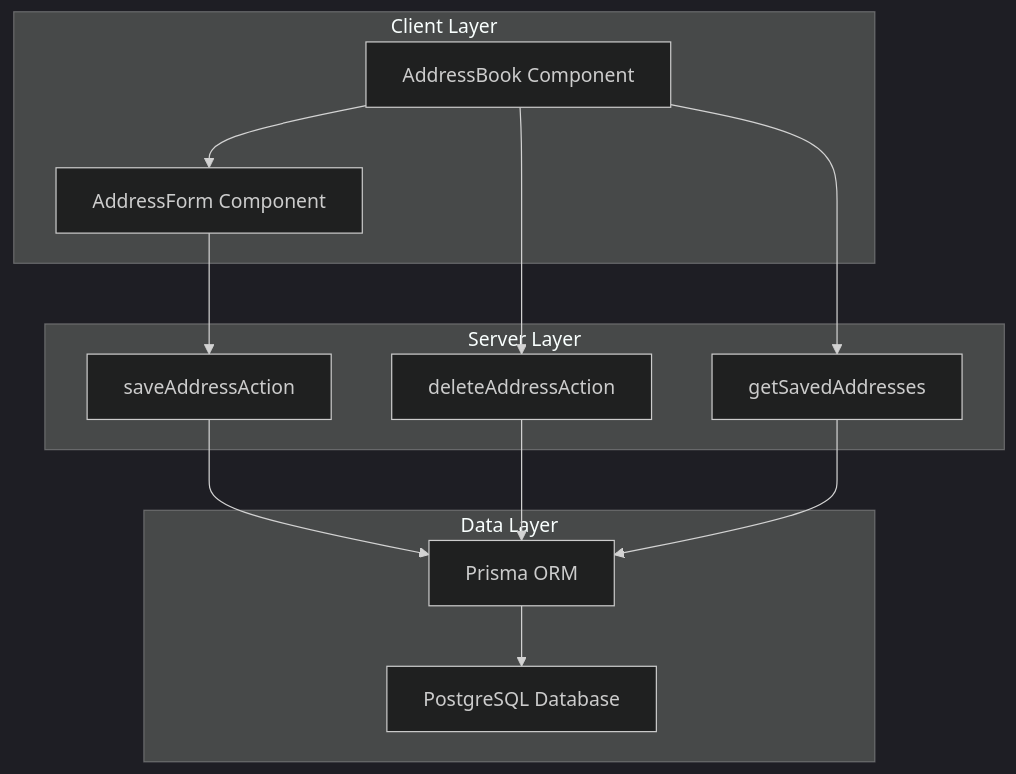
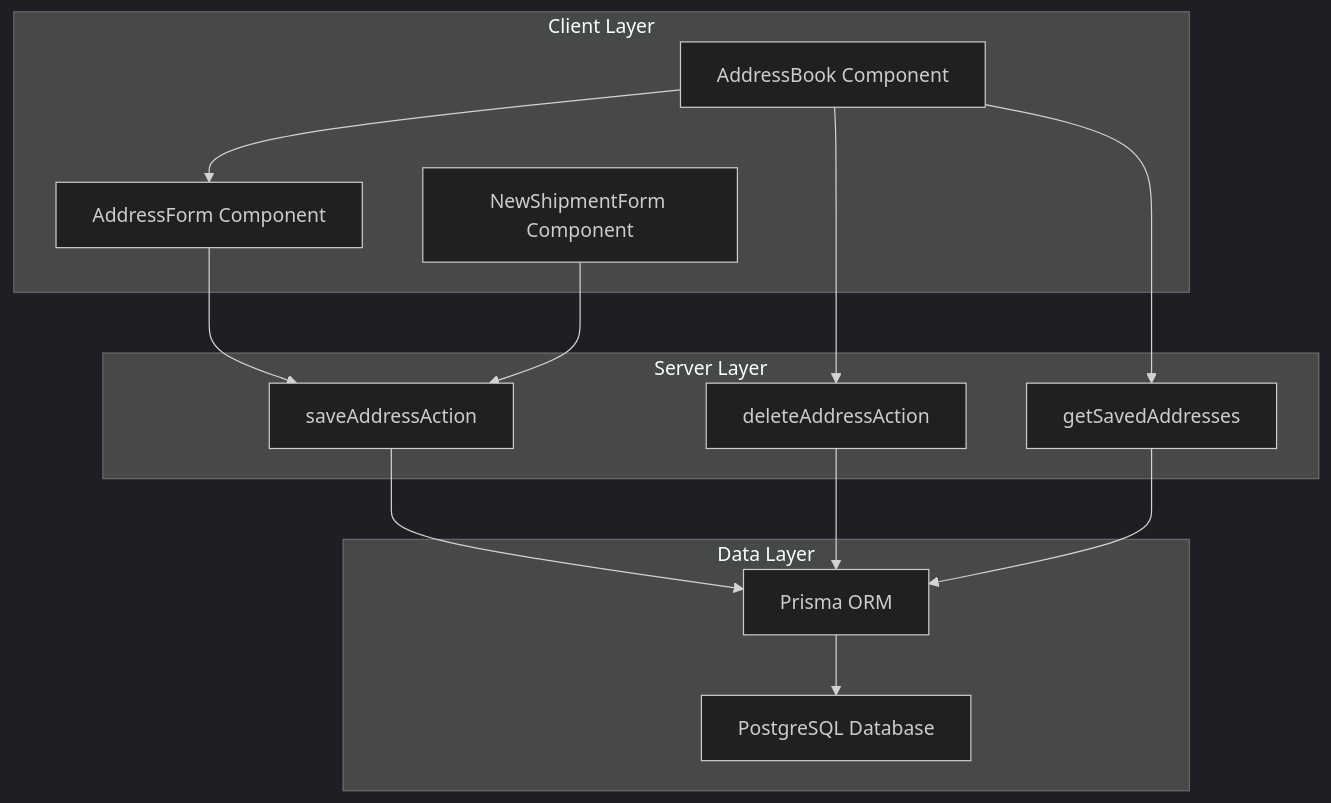
Diagram 12 of 15 in .qoder/repowiki/en/content/Shipment Management/Address Management.md (gyamposudodzi/Timberland), drawn with Mermaid (dark theme) before and after one commit. The commit also changed other lines of this file and 28 other files, not shown here.

````diff
--- a/.qoder/repowiki/en/content/Shipment Management/Address Management.md
+++ b/.qoder/repowiki/en/content/Shipment Management/Address Management.md
@@ -439,24 +451,26 @@
 ```mermaid
 graph TB
 subgraph "Client Layer"
 AB["AddressBook Component"]
 AF["AddressForm Component"]
+NSF["NewShipmentForm Component"]
 end
 subgraph "Server Layer"
 SAA["saveAddressAction"]
 DAA["deleteAddressAction"]
 GSA["getSavedAddresses"]
 end
 subgraph "Data Layer"
 PRISMA["Prisma ORM"]
 DB["PostgreSQL Database"]
 end
 AB --> AF
 AF --> SAA
 AB --> DAA
 AB --> GSA
+NSF --> SAA
 SAA --> PRISMA
 DAA --> PRISMA
 GSA --> PRISMA
 PRISMA --> DB
 ```
````
